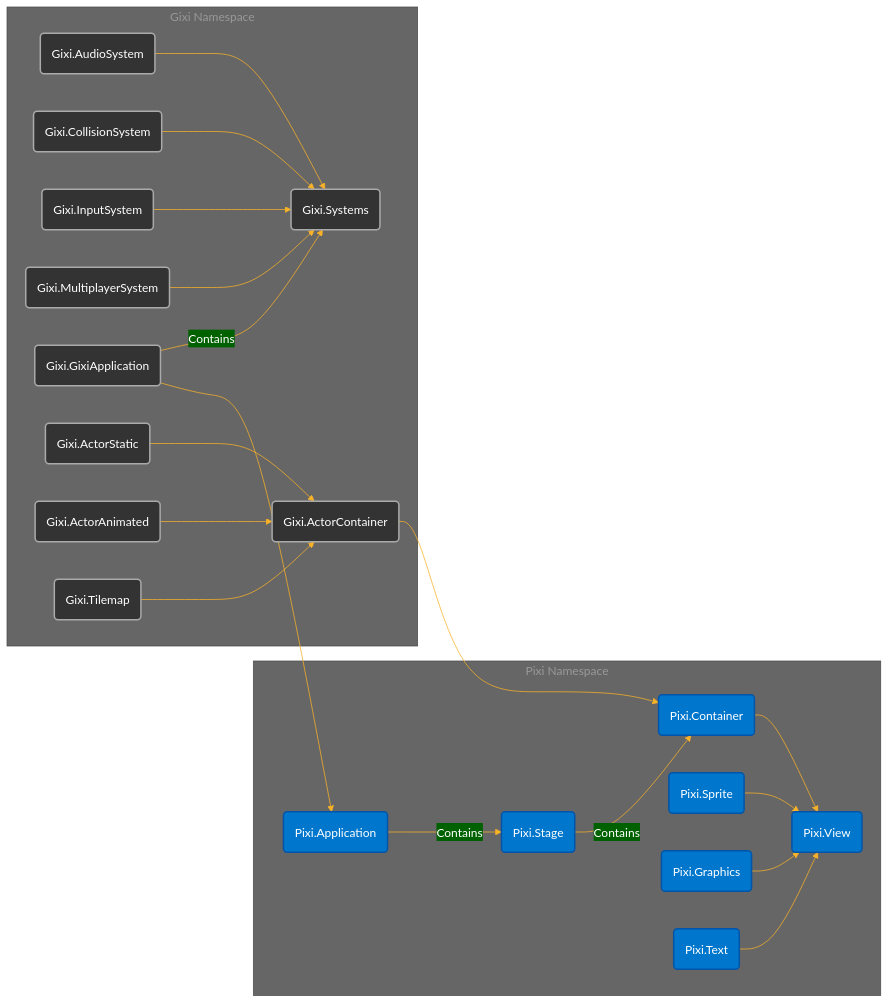
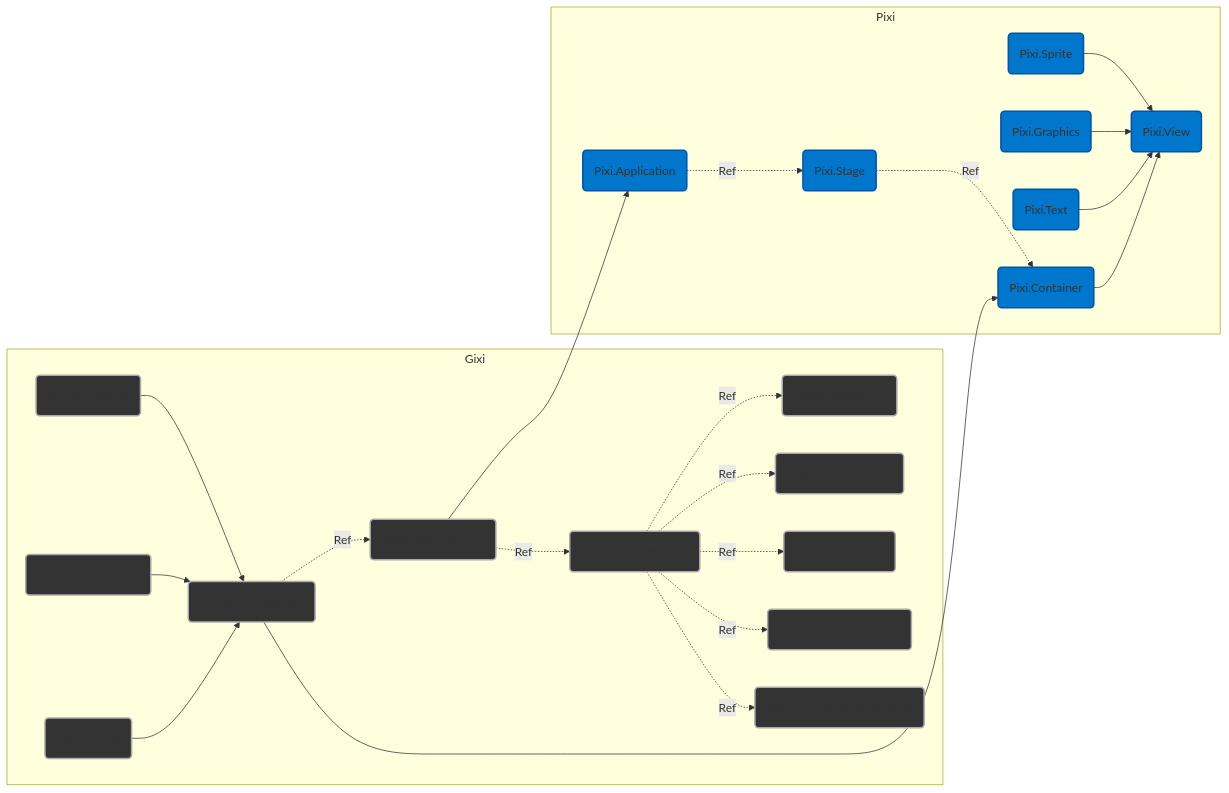
One commit to SamuelAsherRivello/pixi-jam-1 changed the diagram in PixiJS/documentation/Diagram.md. Above: the diagram before and after it, drawn with Mermaid. The commit also changed other lines of this file and 33 other files, not shown here.

Commit message:
Refactor SystemManager vs System

````diff
--- a/PixiJS/documentation/Diagram.md
+++ b/PixiJS/documentation/Diagram.md
@@ -1,61 +3,74 @@
-:::mermaid
+```mermaid
 %%{
   init: {
-    'theme': 'base',
-    'themeVariables': {
-      'primaryColor': '#BB2528',
-      'primaryTextColor': '#fff',
-      'primaryBorderColor': '#7C0000',
-      'lineColor': '#F8B229',
-      'secondaryColor': '#006100',
-      'tertiaryColor': '#666666'
-    }
+    'theme': 'dark',
   }
 }%%
 
-flowchart LR;
+flowchart LR
 
-    subgraph PixiNamespace ["Pixi Namespace"]
-        classDef pixi fill:#0077cc,stroke:#0055aa,stroke-width:2px;
+subgraph PixiNamespace ["Pixi"]
+  classDef pixi fill:#0077cc,stroke:#0055aa,stroke-width:2px;
 
+  %% ///////////////////////////////////////////////////
+  %% Pixi.Stage 
+  %% ///////////////////////////////////////////////////
+  PixiStage("Pixi.Stage"):::pixi -.->|Ref| PixiContainer
 
-       
-        PixiStage("Pixi.Stage"):::pixi -->|Contains| PixiContainer;
+  %% ///////////////////////////////////////////////////
+  %% Pixi.View 
+  %% ///////////////////////////////////////////////////
+  PixiView("Pixi.View"):::pixi
+  PixiSprite("Pixi.Sprite"):::pixi --> PixiView
+  PixiGraphics("Pixi.Graphics"):::pixi --> PixiView
+  PixiText("Pixi.Text"):::pixi --> PixiView
+  PixiContainer("Pixi.Container"):::pixi --> PixiView
 
-                PixiView("Pixi.View"):::pixi
-            PixiSprite("Pixi.Sprite"):::pixi --> PixiView;
-            PixiGraphics("Pixi.Graphics"):::pixi --> PixiView;
-            PixiText("Pixi.Text"):::pixi --> PixiView;
-            PixiContainer("Pixi.Container"):::pixi --> PixiView;
-            PixiContainer("Pixi.Container"):::pixi;
+  %% ///////////////////////////////////////////////////
+  %% Pixi.Application 
+  %% ///////////////////////////////////////////////////
+  PixiApp("Pixi.Application"):::pixi -.->|Ref| PixiStage
+end
 
-            PixiApp("Pixi.Application"):::pixi -->|Contains| PixiStage;
-    end
-    
-    subgraph GixiNamespace ["Gixi Namespace"]
-        classDef gixi fill:#333,stroke:#aaa,stroke-width:2px;
+subgraph GixiNamespace ["Gixi"]
+  classDef gixi fill:#333,stroke:#aaa,stroke-width:2px;
 
+  %% ///////////////////////////////////////////////////
+  %% GixiActorContainer 
+  %% ///////////////////////////////////////////////////
+  GixiActorContainer:::gixi -.->|Ref| GixiApplication
 
-        GixiSystems("Gixi.Systems"):::gixi;
+  %% ///////////////////////////////////////////////////
+  %% GixiActorContainer 
+  %% ///////////////////////////////////////////////////
+  GixiActorContainer("Gixi.ActorContainer"):::gixi --> PixiContainer
+  ActorStatic("Gixi.ActorStatic"):::gixi --> GixiActorContainer
+  ActorAnimated("Gixi.ActorAnimated"):::gixi --> GixiActorContainer
+  Tilemap("Gixi.Tilemap"):::gixi --> GixiActorContainer
 
-        
-        GixiAudioSystem("Gixi.AudioSystem"):::gixi --> GixiSystems;
-        GixiCollisionSystem("Gixi.CollisionSystem"):::gixi --> GixiSystems;
-        GixiInputSystem("Gixi.InputSystem"):::gixi --> GixiSystems;
-        GixiMultiplayerSystem("Gixi.MultiplayerSystem"):::gixi --> GixiSystems;
+  %% ///////////////////////////////////////////////////
+  %% GixiApplication 
+  %% ///////////////////////////////////////////////////
+  GixiApplication("Gixi.GixiApplication"):::gixi --> PixiApp
+  GixiApplication:::gixi -.->|Ref| GixiSystemManager
 
-        GixiApplication:::gixi -->|Contains| GixiSystems;
-        GixiApplication("Gixi.GixiApplication"):::gixi --> PixiApp;
-      
-        GixiActorContainer("Gixi.ActorContainer"):::gixi --> PixiContainer;
-        ActorStatic("Gixi.ActorStatic"):::gixi --> GixiActorContainer;
-        ActorAnimated("Gixi.ActorAnimated"):::gixi --> GixiActorContainer;
-        Tilemap("Gixi.Tilemap"):::gixi --> GixiActorContainer;
+  %% ///////////////////////////////////////////////////
+  %% GixiSystemManager 
+  %% ///////////////////////////////////////////////////
+  GixiSystemManager("Gixi.SystemManager"):::gixi -.->|Ref| GixiAudioSystem
+  GixiSystemManager:::gixi -.->|Ref| GixiCollisionSystem
+  GixiSystemManager:::gixi -.->|Ref| GixiInputSystem
+  GixiSystemManager:::gixi -.->|Ref| GixiMultiplayerSystem
+  GixiSystemManager:::gixi -.->|Ref| GixiTilemapCollisionSystem
 
-       
-    end
+  %% ///////////////////////////////////////////////////
+  %% List of systems 
+  %% ///////////////////////////////////////////////////
+  GixiAudioSystem("Gixi.AudioSystem"):::gixi 
+  GixiCollisionSystem("Gixi.CollisionSystem"):::gixi 
+  GixiInputSystem("Gixi.InputSystem"):::gixi 
+  GixiMultiplayerSystem("Gixi.MultiplayerSystem"):::gixi 
+  GixiTilemapCollisionSystem("Gixi.TilemapCollisionSystem"):::gixi
+end
 
-    
-
-
-:::
+```
````
